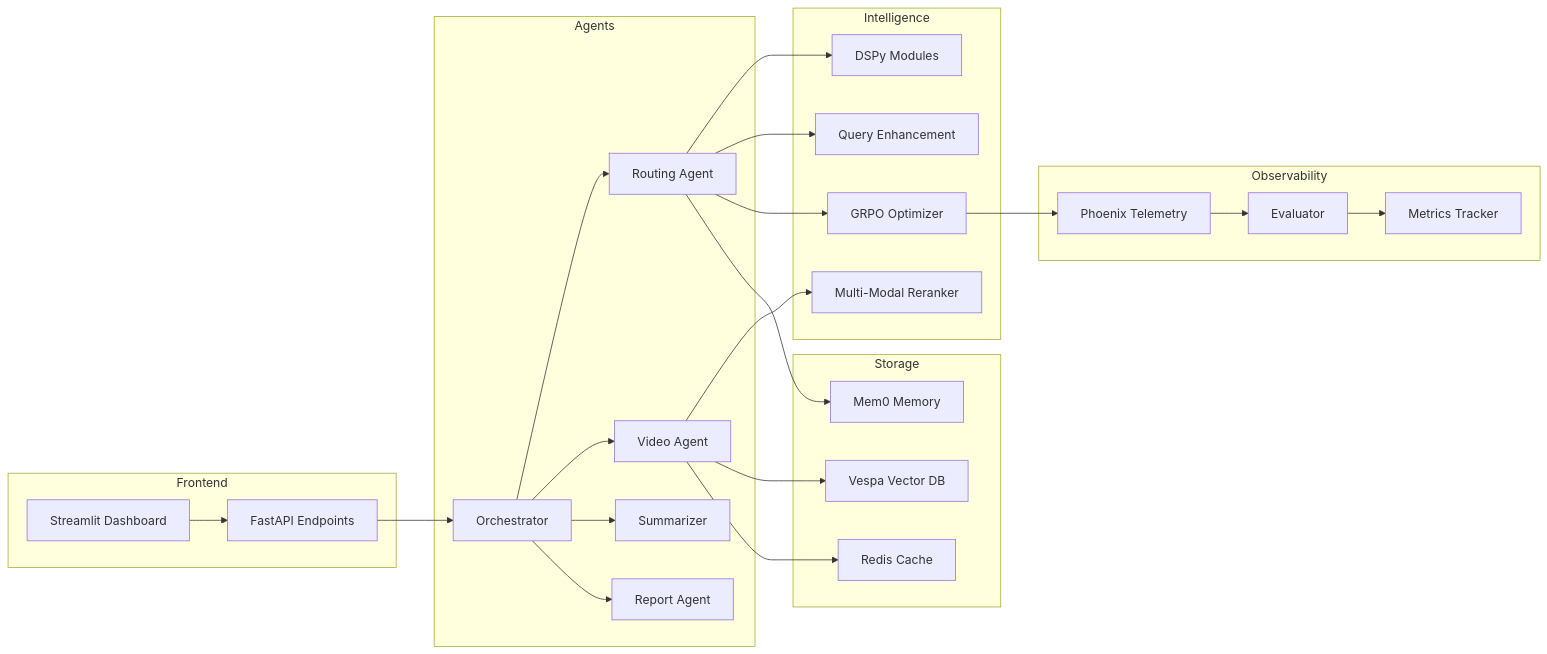
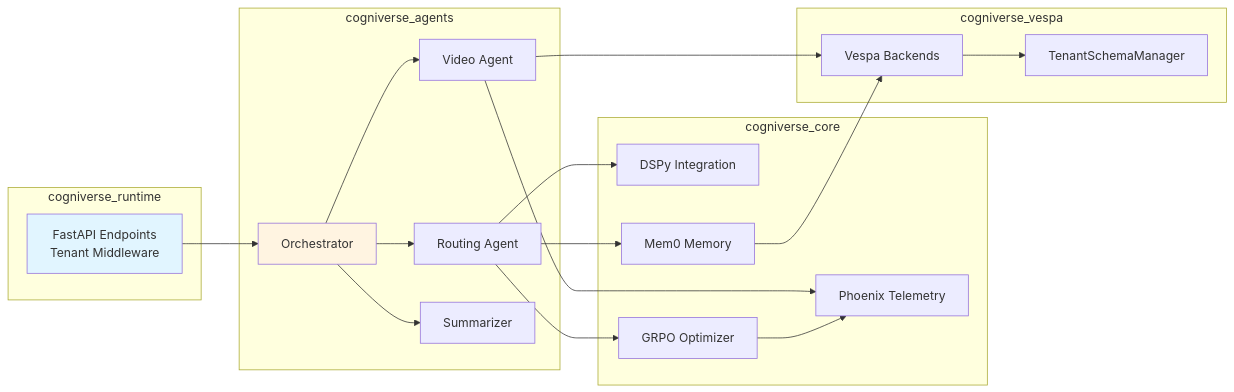
The second of 25 diagrams in docs/architecture/system-flows.md (amit-jain/cogniverse), drawn with Mermaid before and after one commit. The commit also changed other lines of this file and 25 other files, not shown here.

````diff
--- a/docs/architecture/system-flows.md
+++ b/docs/architecture/system-flows.md
@@ -58,55 +87,45 @@
 ```mermaid
 graph LR
-    subgraph Frontend
-        UI[Streamlit Dashboard]
-        API[FastAPI Endpoints]
+    subgraph "cogniverse_runtime"
+        API[FastAPI Endpoints<br/>Tenant Middleware]
     end
 
-    subgraph Agents
+    subgraph "cogniverse_agents"
         ORC[Orchestrator]
         RT[Routing Agent]
         VA[Video Agent]
         SUM[Summarizer]
-        REP[Report Agent]
     end
 
-    subgraph Intelligence
-        DSPy[DSPy Modules]
+    subgraph "cogniverse_core"
+        DSPy[DSPy Integration]
         GRPO[GRPO Optimizer]
-        QueryEnh[Query Enhancement]
-        Reranker[Multi-Modal Reranker]
+        Memory[Mem0 Memory]
+        Phoenix[Phoenix Telemetry]
     end
 
-    subgraph Storage
-        Vespa[Vespa Vector DB]
-        Mem0[Mem0 Memory]
-        Cache[Redis Cache]
+    subgraph "cogniverse_vespa"
+        TenantSchema[TenantSchemaManager]
+        Vespa[Vespa Backends]
     end
 
-    subgraph Observability
-        Phoenix[Phoenix Telemetry]
-        Metrics[Metrics Tracker]
-        Eval[Evaluator]
-    end
-
-    UI --> API
     API --> ORC
     ORC --> RT
     ORC --> VA
     ORC --> SUM
-    ORC --> REP
 
     RT --> DSPy
-    RT --> QueryEnh
-    VA --> Reranker
-
     RT --> GRPO
-    GRPO --> Phoenix
+    RT --> Memory
 
     VA --> Vespa
-    RT --> Mem0
-    VA --> Cache
+    VA --> Phoenix
 
-    Phoenix --> Eval
-    Eval --> Metrics
+    Vespa --> TenantSchema
+
+    GRPO --> Phoenix
+    Memory --> Vespa
+
+    style API fill:#e1f5ff
+    style ORC fill:#fff4e1
 ```
````
